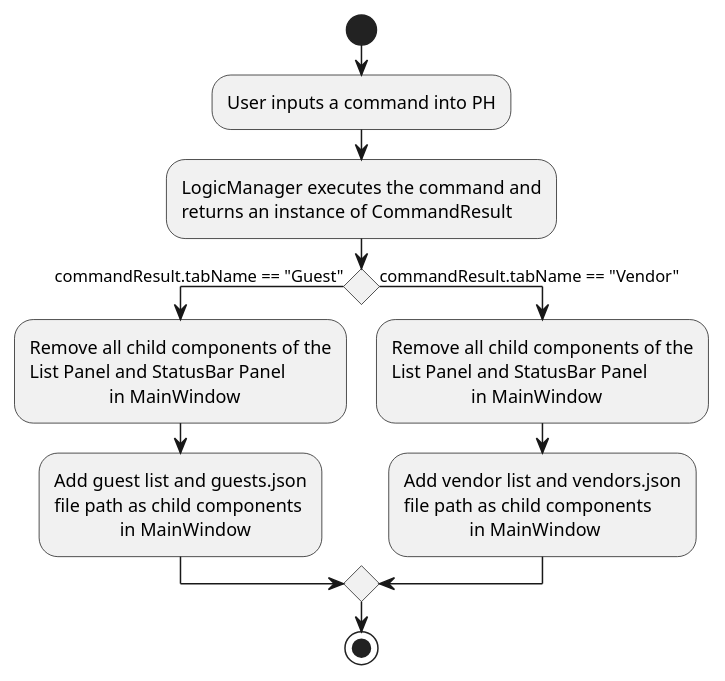
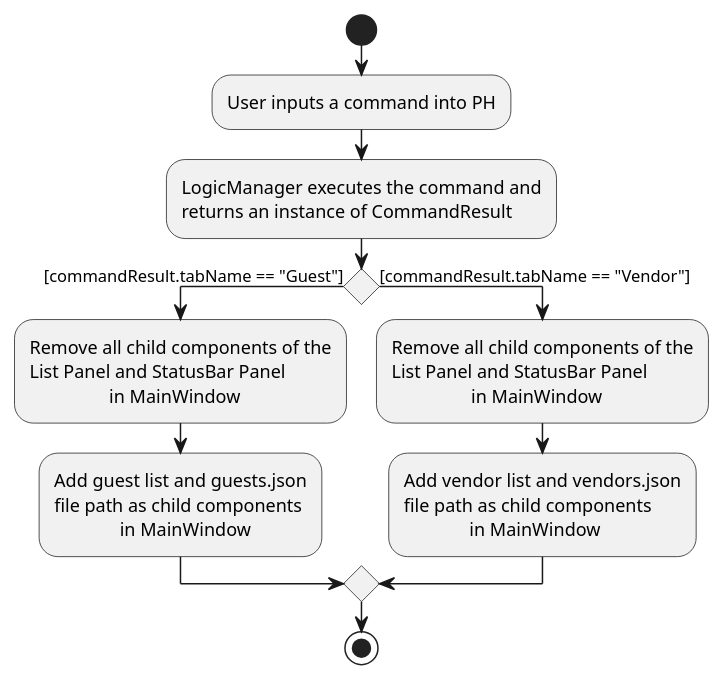
One commit to rgbpokka/tp changed the diagram in docs/diagrams/ToggleTabActivityDiagram.puml. Above: the diagram before and after it, drawn with PlantUML. The commit also changed 5 other files, not shown here.

```diff
--- a/docs/diagrams/ToggleTabActivityDiagram.puml
+++ b/docs/diagrams/ToggleTabActivityDiagram.puml
@@ -1,24 +1,24 @@
 @startuml
 
 start
 :User inputs a command into PH;
 :LogicManager executes the command and
 returns an instance of CommandResult;
-    if () then (commandResult.tabName == "Guest")
+    if () then ([commandResult.tabName == "Guest"])
       :Remove all child components of the
       List Panel and StatusBar Panel
                        in MainWindow;
       :Add guest list and guests.json
       file path as child components
                     in MainWindow;
-    else (commandResult.tabName == "Vendor")
+    else ([commandResult.tabName == "Vendor"])
       :Remove all child components of the
       List Panel and StatusBar Panel
                        in MainWindow;
       :Add vendor list and vendors.json
       file path as child components
                     in MainWindow;
     endif
 stop
 
 @enduml
```
